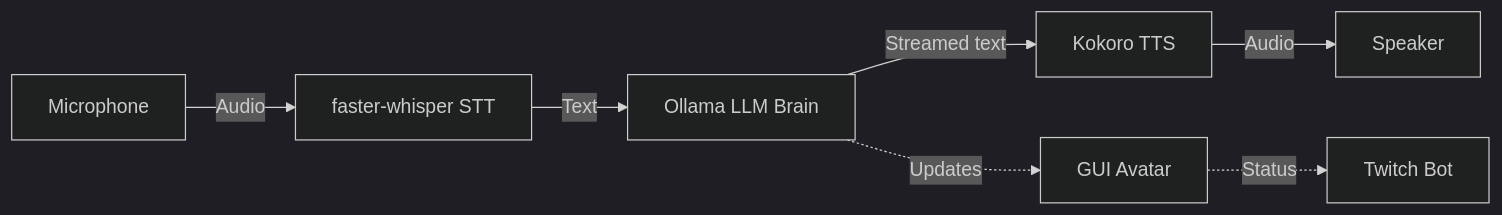
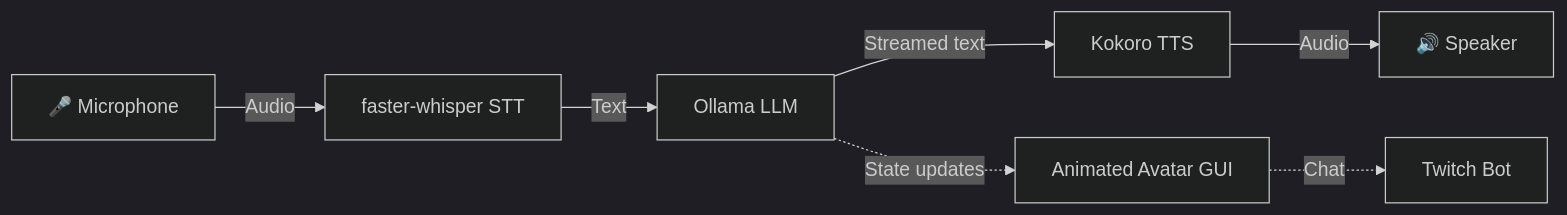
Before and after one commit to Bossiq/Tarkov_AI_Frriend: the diagram in README.md, drawn with Mermaid (dark theme). The commit also changed other lines of this file and 4 other files, not shown here.

First line of the commit message:
v3.1: Fast model + animated avatar expressions + bug fixes

````diff
--- a/README.md
+++ b/README.md
@@ -91,9 +92,9 @@
 ```mermaid
 graph LR
-    A[Microphone] -->|Audio| B[faster-whisper STT]
-    B -->|Text| C[Ollama LLM Brain]
+    A[🎤 Microphone] -->|Audio| B[faster-whisper STT]
+    B -->|Text| C[Ollama LLM]
     C -->|Streamed text| D[Kokoro TTS]
-    D -->|Audio| E[Speaker]
-    C -.->|Updates| F[GUI Avatar]
-    F -.->|Status| G[Twitch Bot]
+    D -->|Audio| E[🔊 Speaker]
+    C -.->|State updates| F[Animated Avatar GUI]
+    F -.->|Chat| G[Twitch Bot]
 ```
````
